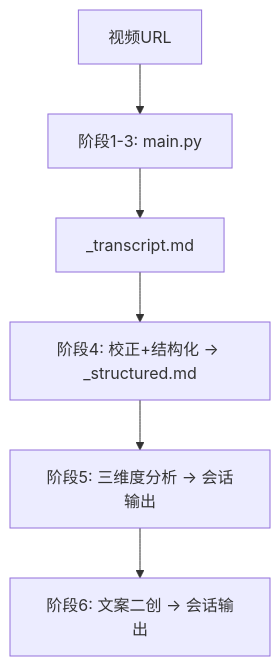
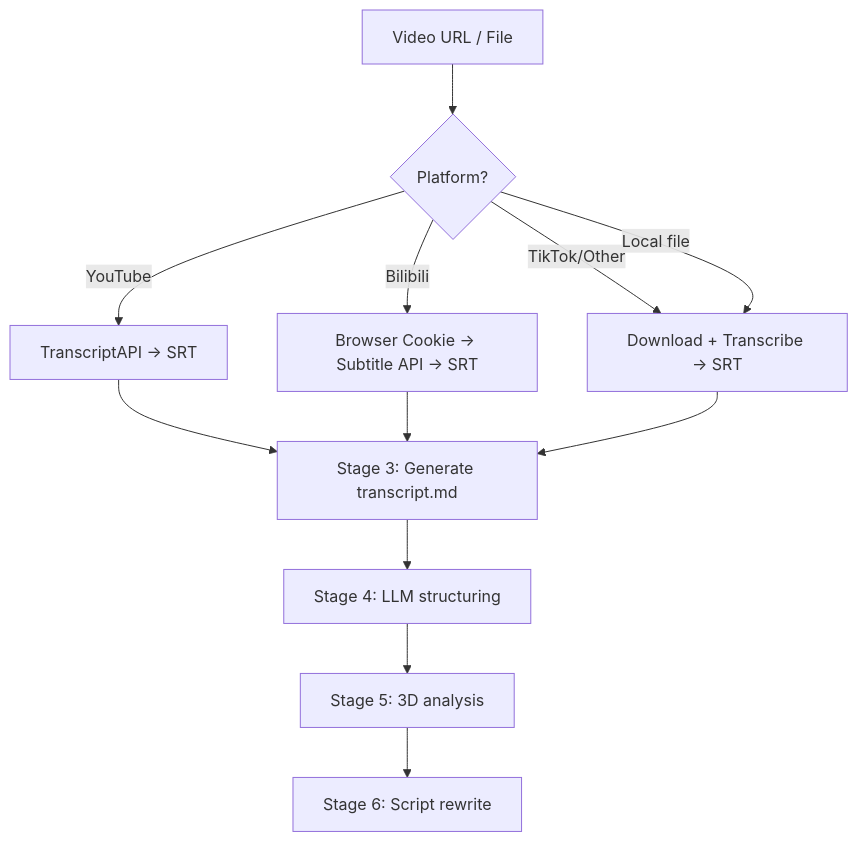
Before and after one commit to xiaolu7586/short-video-replicator-agent: the diagram in skills/video-copy-analyzer/SKILL.md, drawn with Mermaid. The commit also changed other lines of this file and 3 other files, not shown here.

First line of the commit message:
feat: add YouTube transcript support via TranscriptAPI.com

````diff
--- a/skills/video-copy-analyzer/SKILL.md
+++ b/skills/video-copy-analyzer/SKILL.md
@@ -45,8 +41,14 @@
 ```mermaid
 flowchart TD
-    A[视频URL] --> B[阶段1-3: main.py]
-    B --> C[_transcript.md]
-    C --> D[阶段4: 校正+结构化 → _structured.md]
-    D --> E[阶段5: 三维度分析 → 会话输出]
-    E --> F[阶段6: 文案二创 → 会话输出]
+    A[Video URL / File] --> B{Platform?}
+    B -->|YouTube| C[TranscriptAPI → SRT]
+    B -->|Bilibili| D[Browser Cookie → Subtitle API → SRT]
+    B -->|TikTok/Other| E[Download + Transcribe → SRT]
+    B -->|Local file| E
+    C --> F[Stage 3: Generate transcript.md]
+    D --> F
+    E --> F
+    F --> G[Stage 4: LLM structuring]
+    G --> H[Stage 5: 3D analysis]
+    H --> I[Stage 6: Script rewrite]
 ```
````
